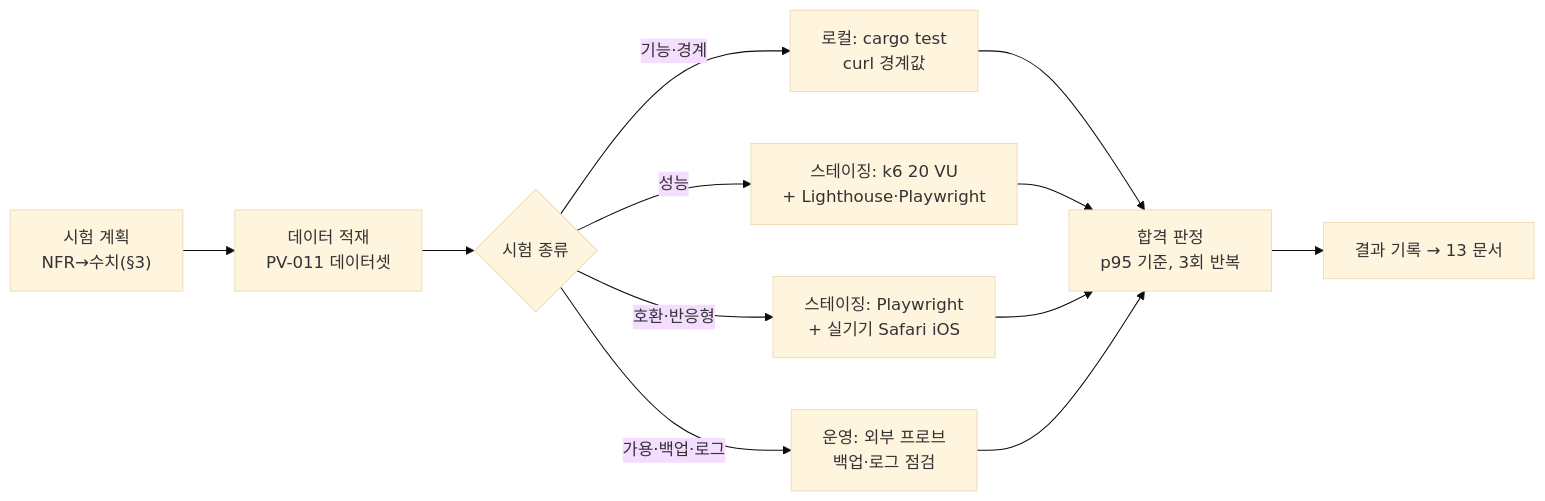
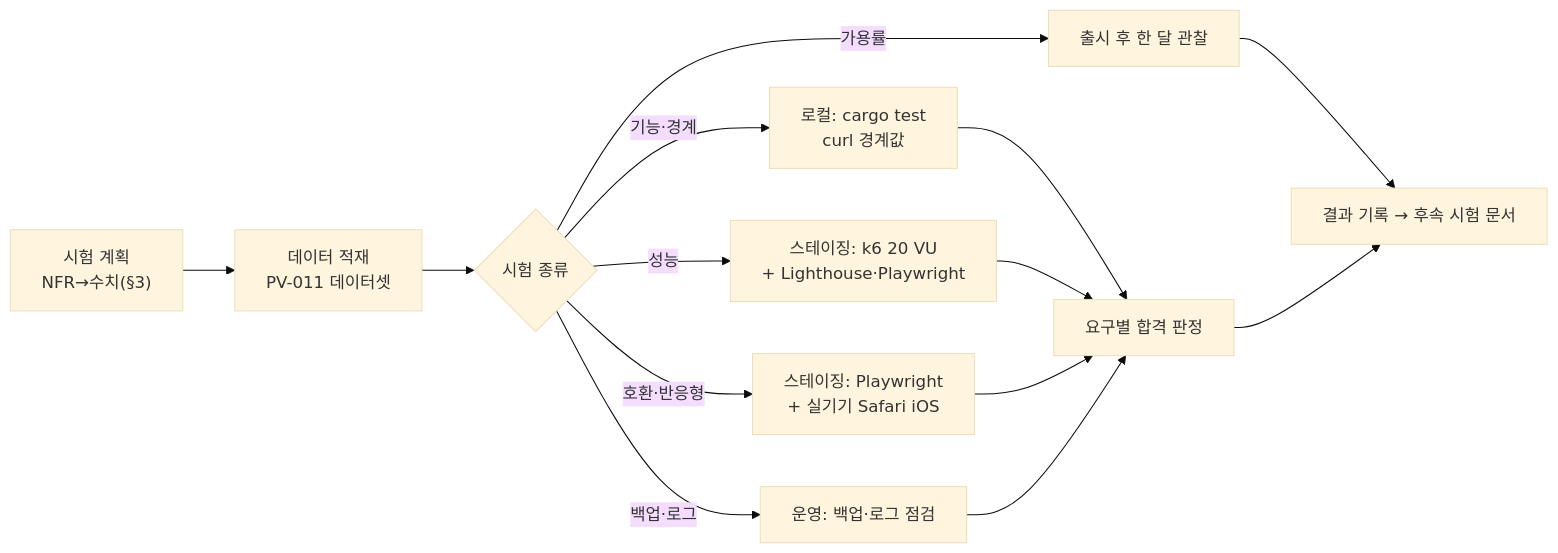
Before and after one commit to HoBaeBang/naruworks-platform: the first of 4 diagrams in docs/02-architecture/04-NFR-technical.md, drawn with Mermaid (base theme). The commit also changed other lines of this file and 10 other files, not shown here.

````diff
--- a/docs/02-architecture/04-NFR-technical.md
+++ b/docs/02-architecture/04-NFR-technical.md
@@ -81,14 +76,16 @@
 ```mermaid
 flowchart LR
   A["시험 계획<br/>NFR→수치(§3)"] --> B["데이터 적재<br/>PV-011 데이터셋"]
   B --> C{"시험 종류"}
   C -->|"기능·경계"| D["로컬: cargo test<br/>curl 경계값"]
   C -->|"성능"| E["스테이징: k6 20 VU<br/>+ Lighthouse·Playwright"]
   C -->|"호환·반응형"| F["스테이징: Playwright<br/>+ 실기기 Safari iOS"]
-  C -->|"가용·백업·로그"| G["운영: 외부 프로브<br/>백업·로그 점검"]
-  D --> H["합격 판정<br/>p95 기준, 3회 반복"]
+  C -->|"백업·로그"| G["운영: 백업·로그 점검"]
+  C -->|"가용률"| O["출시 후 한 달 관찰"]
+  D --> H["요구별 합격 판정"]
   E --> H
   F --> H
   G --> H
-  H --> I["결과 기록 → 13 문서"]
+  O --> I
+  H --> I["결과 기록 → 후속 시험 문서"]
 ```
````
